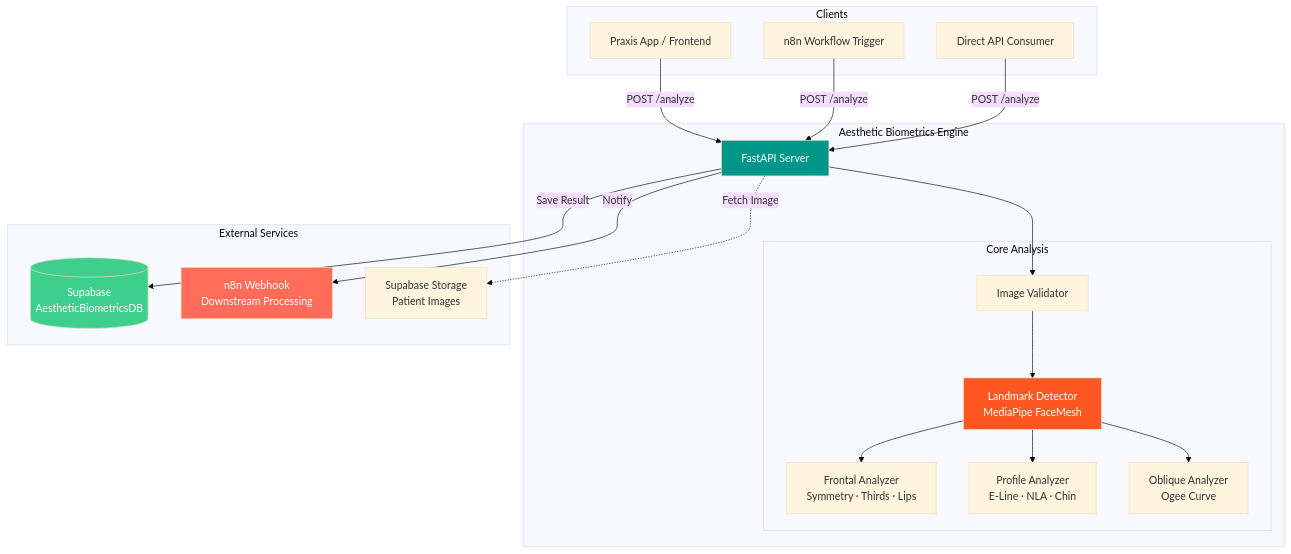
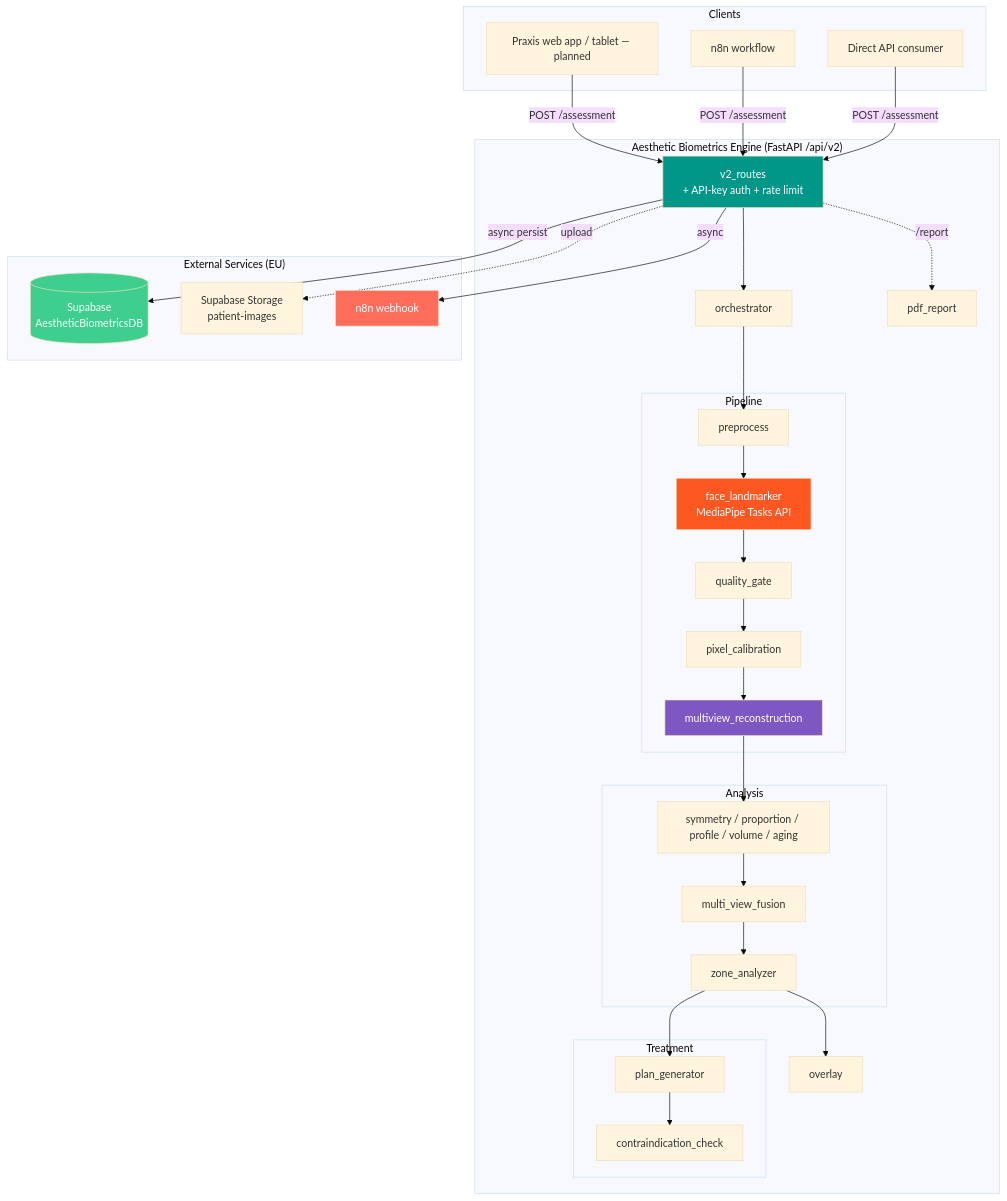
One commit to JNassar77/aesthetic-biometrics-engine changed the second of 6 diagrams in docs/GRAPH.md. Above: the diagram before and after it, drawn with Mermaid (base theme). The commit also changed other lines of this file and 1 other file, not shown here.

First line of the commit message:
docs: full V1→V2 refresh of FEATURES.md + GRAPH.md

````diff
--- a/docs/GRAPH.md
+++ b/docs/GRAPH.md
@@ -31,45 +33,53 @@
 ```mermaid
 graph TB
     subgraph Clients
-        APP[Praxis App / Frontend]
-        N8N_TRIGGER[n8n Workflow Trigger]
-        API_CLIENT[Direct API Consumer]
+        APP[Praxis web app / tablet — planned]
+        N8N_TRIGGER[n8n workflow]
+        API_CLIENT[Direct API consumer]
     end
 
-    subgraph "Aesthetic Biometrics Engine"
-        FASTAPI[FastAPI Server]
-
-        subgraph "Core Analysis"
-            VALIDATOR[Image Validator]
-            DETECTOR[Landmark Detector<br/>MediaPipe FaceMesh]
-            FRONTAL[Frontal Analyzer<br/>Symmetry · Thirds · Lips]
-            PROFILE[Profile Analyzer<br/>E-Line · NLA · Chin]
-            OBLIQUE[Oblique Analyzer<br/>Ogee Curve]
+    subgraph "Aesthetic Biometrics Engine (FastAPI /api/v2)"
+        FASTAPI[v2_routes<br/>+ API-key auth + rate limit]
+        ORCH[orchestrator]
+        subgraph "Pipeline"
+            PRE[preprocess]
+            DET[face_landmarker<br/>MediaPipe Tasks API]
+            QG[quality_gate]
+            CAL[pixel_calibration]
+            REC[multiview_reconstruction]
         end
+        subgraph "Analysis"
+            ENG[symmetry / proportion / profile / volume / aging]
+            FUSE[multi_view_fusion]
+            ZA[zone_analyzer]
+        end
+        subgraph "Treatment"
+            PLAN[plan_generator]
+            CONTRA[contraindication_check]
+        end
+        OV[overlay]
+        PDF[pdf_report]
     end
 
-    subgraph "External Services"
+    subgraph "External Services (EU)"
         SUPABASE[(Supabase<br/>AestheticBiometricsDB)]
-        N8N_HOOK[n8n Webhook<br/>Downstream Processing]
-        STORAGE[Supabase Storage<br/>Patient Images]
+        STORAGE[Supabase Storage<br/>patient-images]
+        N8N_HOOK[n8n webhook]
     end
 
-    APP -->|POST /analyze| FASTAPI
-    N8N_TRIGGER -->|POST /analyze| FASTAPI
-    API_CLIENT -->|POST /analyze| FASTAPI
-
-    FASTAPI --> VALIDATOR
-    VALIDATOR --> DETECTOR
-    DETECTOR --> FRONTAL
-    DETECTOR --> PROFILE
-    DETECTOR --> OBLIQUE
-
-    FASTAPI -->|Save Result| SUPABASE
-    FASTAPI -->|Notify| N8N_HOOK
-    FASTAPI -.->|Fetch Image| STORAGE
+    APP & N8N_TRIGGER & API_CLIENT -->|POST /assessment| FASTAPI
+    FASTAPI --> ORCH
+    ORCH --> PRE --> DET --> QG --> CAL --> REC --> ENG --> FUSE --> ZA
+    ZA --> PLAN --> CONTRA
+    ZA --> OV
+    FASTAPI -.->|/report| PDF
+    FASTAPI -->|async persist| SUPABASE
+    FASTAPI -->|async| N8N_HOOK
+    FASTAPI -.->|upload| STORAGE
 
     style FASTAPI fill:#009688,color:#fff
-    style DETECTOR fill:#FF5722,color:#fff
+    style DET fill:#FF5722,color:#fff
+    style REC fill:#7E57C2,color:#fff
     style SUPABASE fill:#3ECF8E,color:#fff
     style N8N_HOOK fill:#FF6D5A,color:#fff
 ```
````
